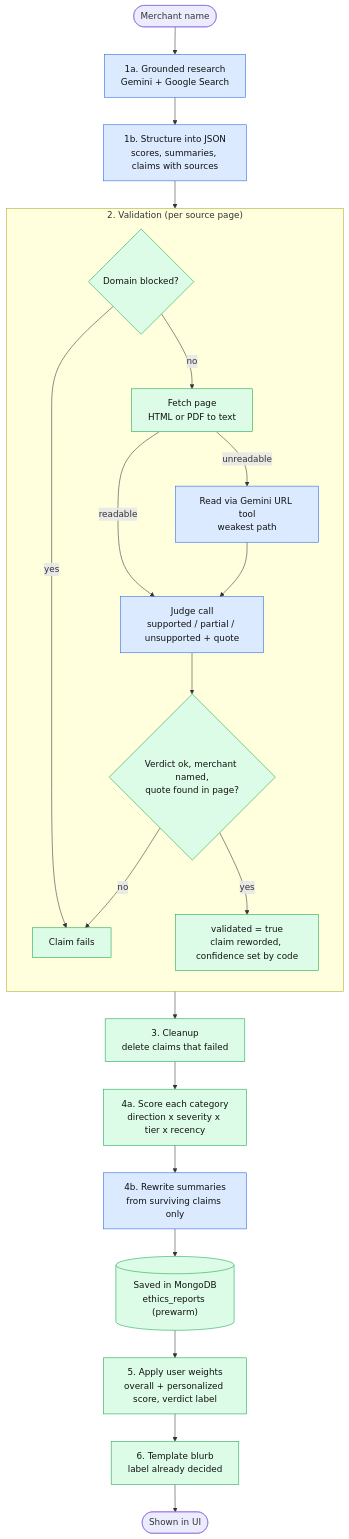
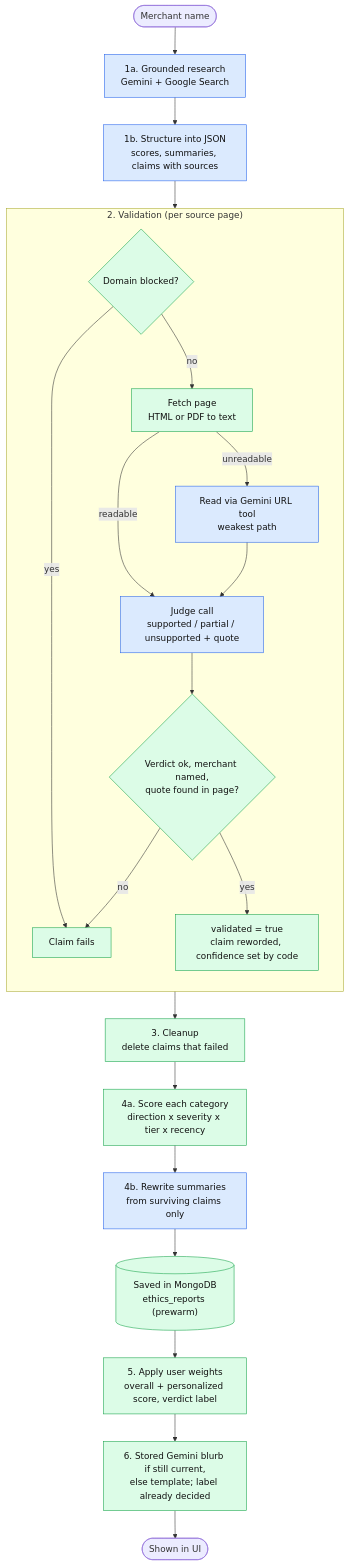
One commit to apatil05/Accountable changed the diagram in docs/PIPELINE.md. Above: the diagram before and after it, drawn with Mermaid. The commit also changed other lines of this file and 15 other files, not shown here.

````diff
--- a/docs/PIPELINE.md
+++ b/docs/PIPELINE.md
@@ -28,31 +28,31 @@
 ```mermaid
 flowchart TD
     M([Merchant name]) --> R1["1a. Grounded research<br/>Gemini + Google Search"]
     R1 --> R2["1b. Structure into JSON<br/>scores, summaries, claims with sources"]
     R2 --> V
 
     subgraph V ["2. Validation (per source page)"]
         direction TB
         D{"Domain blocked?"} -->|yes| F1["Claim fails"]
         D -->|no| FE["Fetch page<br/>HTML or PDF to text"]
         FE -->|unreadable| UC["Read via Gemini URL tool<br/>weakest path"]
         FE -->|readable| J["Judge call<br/>supported / partial / unsupported + quote"]
         UC --> J
         J --> CK{"Verdict ok, merchant named,<br/>quote found in page?"}
         CK -->|no| F1
         CK -->|yes| P["validated = true<br/>claim reworded, confidence set by code"]
     end
 
     V --> C["3. Cleanup<br/>delete claims that failed"]
     C --> T["4a. Score each category<br/>direction x severity x tier x recency"]
     T --> RS["4b. Rewrite summaries<br/>from surviving claims only"]
     RS --> DB[("Saved in MongoDB<br/>ethics_reports (prewarm)")]
     DB --> S["5. Apply user weights<br/>overall + personalized score, verdict label"]
-    S --> B["6. Template blurb<br/>label already decided"]
+    S --> B["6. Stored Gemini blurb if still current,<br/>else template; label already decided"]
     B --> O([Shown in UI])
 
     classDef ai fill:#dbeafe,stroke:#2563eb,color:#111;
     classDef code fill:#dcfce7,stroke:#16a34a,color:#111;
     class R1,R2,UC,J,RS ai;
     class D,FE,CK,P,F1,C,T,S,B,DB code;
 ```
````
